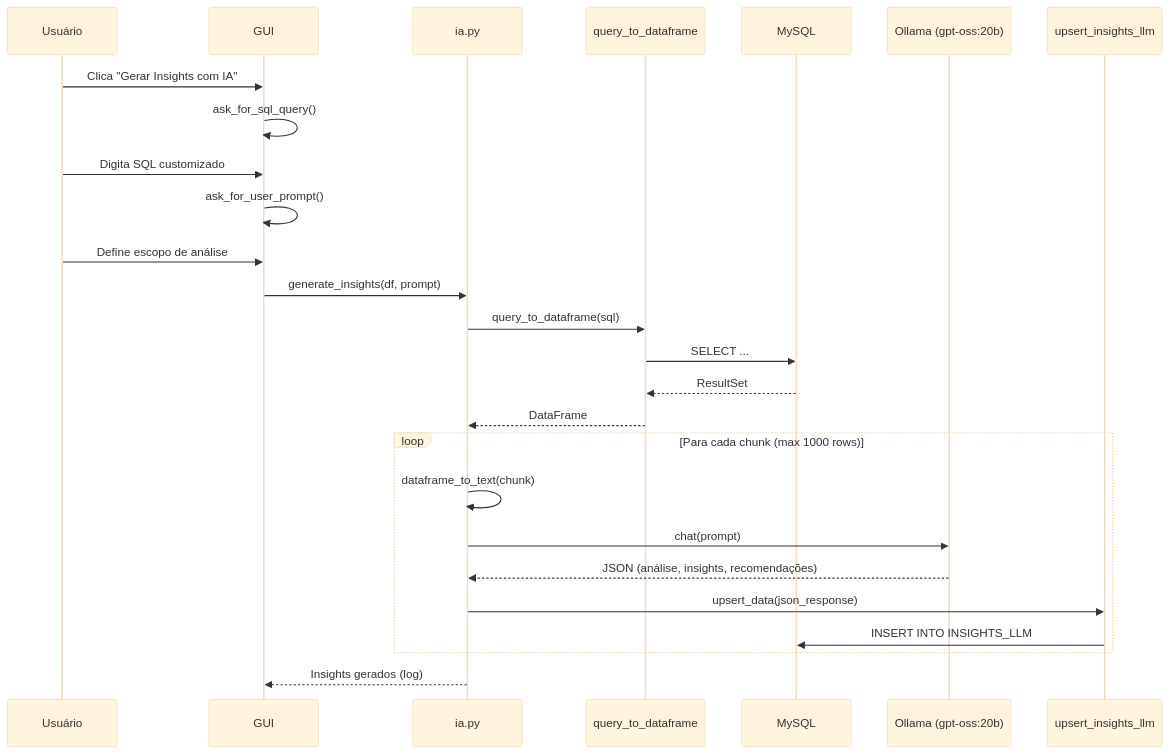
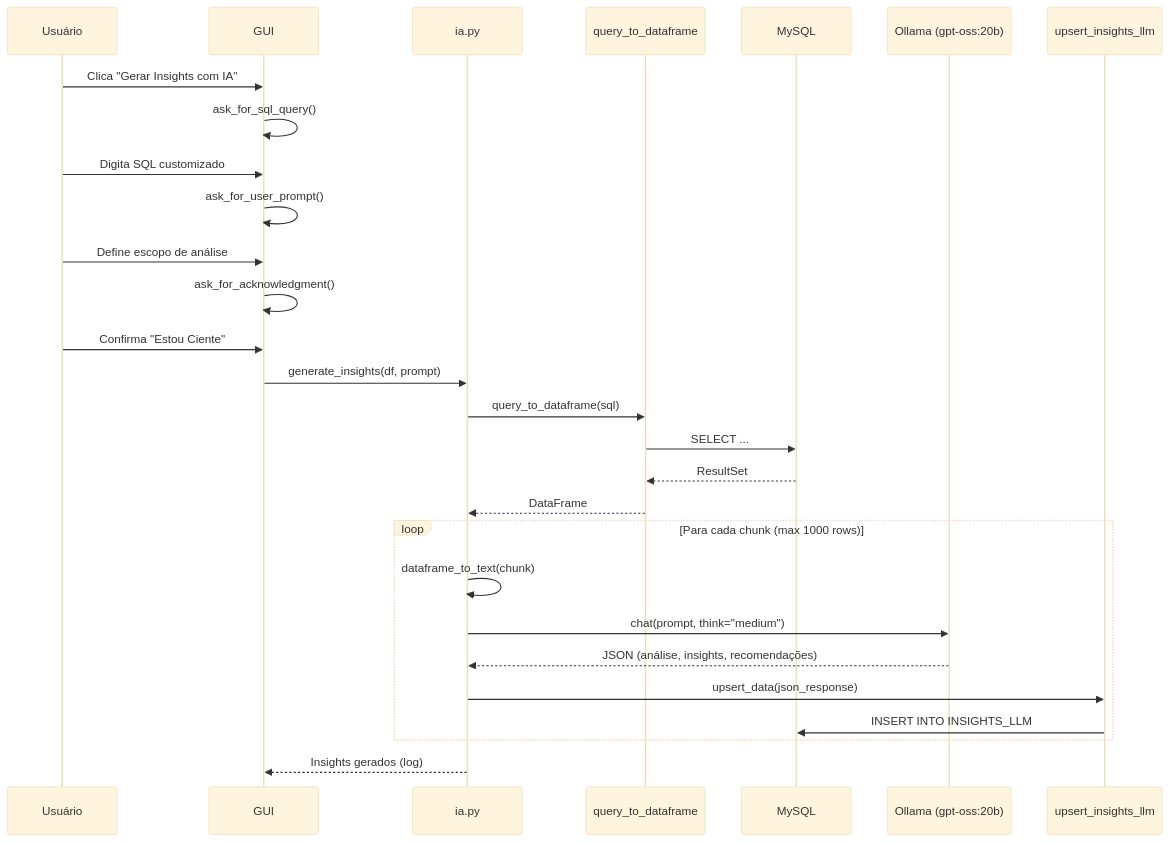
One commit to leofiorese/bot_pso changed the fourth of 5 diagrams in DOCUMENTACAO_PROJETO.md. Above: the diagram before and after it, drawn with Mermaid (base theme). The commit also changed other lines of this file and 1 other file, not shown here.

````diff
--- a/DOCUMENTACAO_PROJETO.md
+++ b/DOCUMENTACAO_PROJETO.md
@@ -347,31 +439,33 @@
 ```mermaid
 sequenceDiagram
     participant U as Usuário
     participant G as GUI
     participant IA as ia.py
     participant Q as query_to_dataframe
     participant DB as MySQL
     participant LLM as Ollama (gpt-oss:20b)
     participant UPS as upsert_insights_llm
 
     U->>G: Clica "Gerar Insights com IA"
     G->>G: ask_for_sql_query()
     U->>G: Digita SQL customizado
     G->>G: ask_for_user_prompt()
     U->>G: Define escopo de análise
+    G->>G: ask_for_acknowledgment()
+    U->>G: Confirma "Estou Ciente"
     G->>IA: generate_insights(df, prompt)
     IA->>Q: query_to_dataframe(sql)
     Q->>DB: SELECT ...
     DB-->>Q: ResultSet
     Q-->>IA: DataFrame
     
     loop Para cada chunk (max 1000 rows)
         IA->>IA: dataframe_to_text(chunk)
-        IA->>LLM: chat(prompt)
+        IA->>LLM: chat(prompt, think="medium")
         LLM-->>IA: JSON (análise, insights, recomendações)
         IA->>UPS: upsert_data(json_response)
         UPS->>DB: INSERT INTO INSIGHTS_LLM
     end
     
     IA-->>G: Insights gerados (log)
 ```
````
